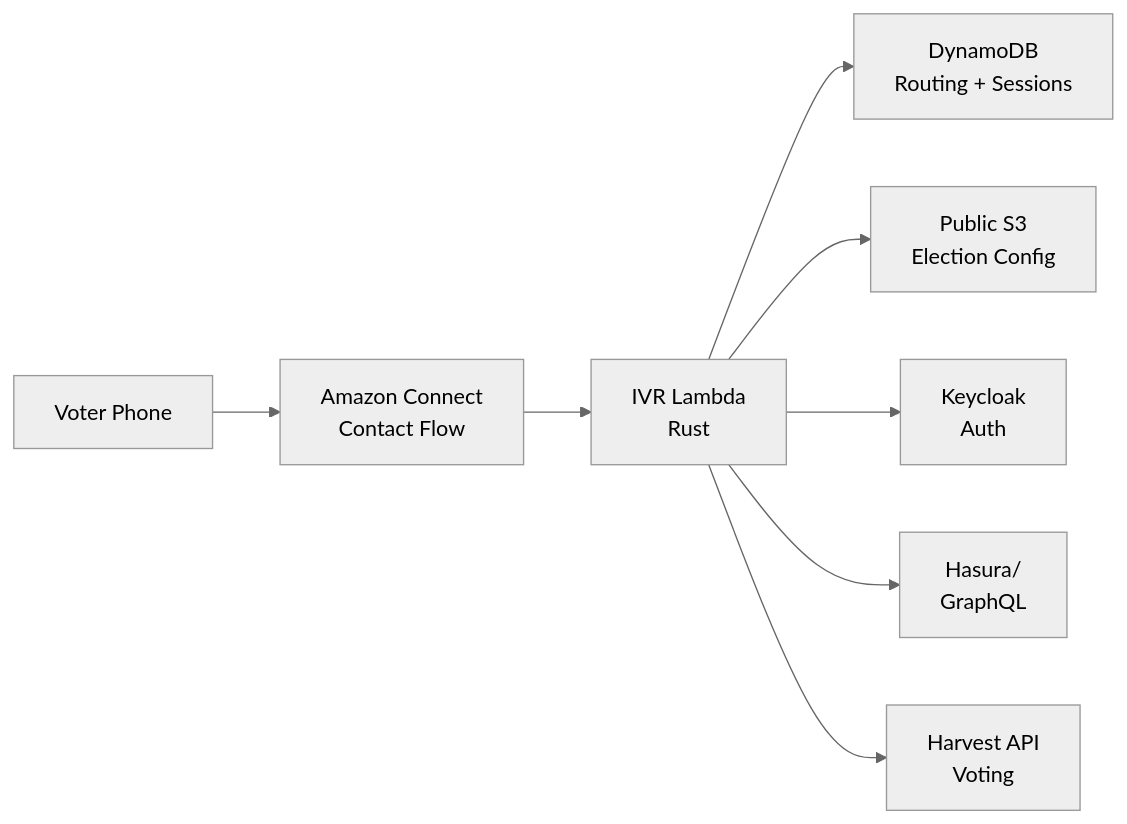
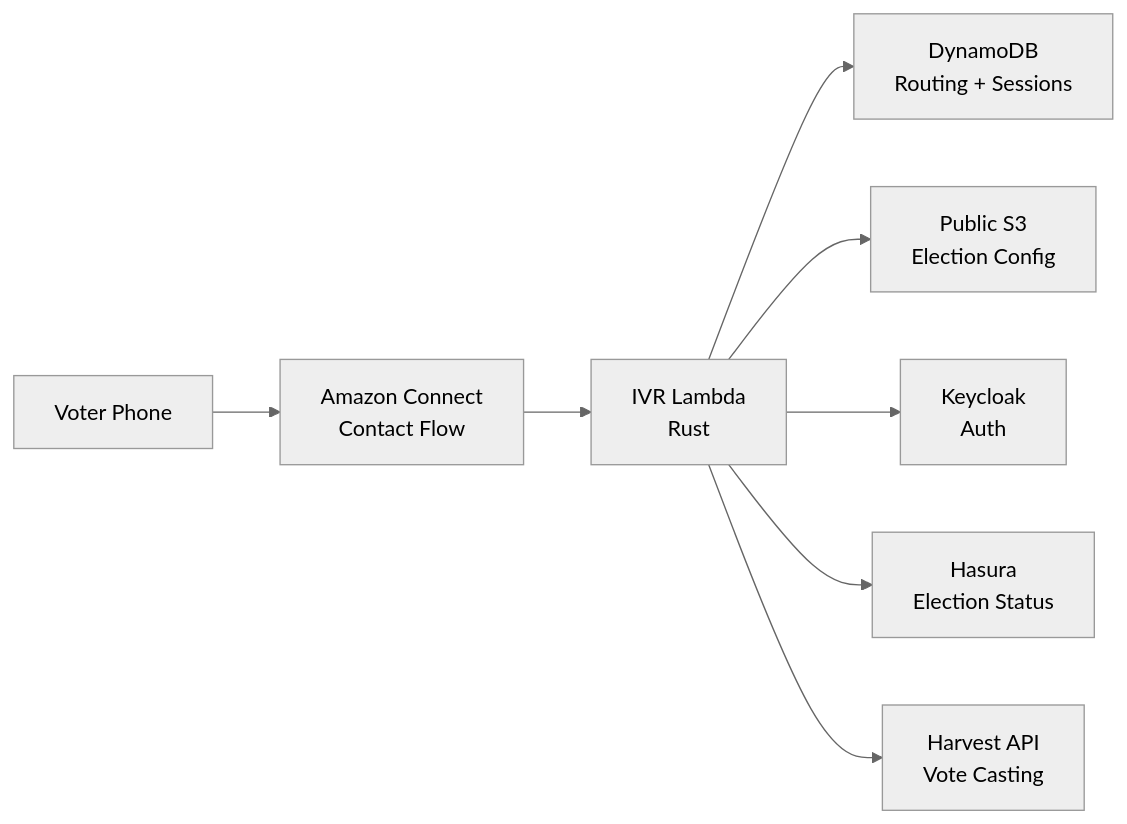
One commit to sequentech/step changed the first of 10 diagrams in docs/docusaurus/docs/07-developers/12-ivr/ivr-system-design.md. Above: the diagram before and after it, drawn with Mermaid (neutral theme). The commit also changed other lines of this file and 1 other file, not shown here.

````diff
--- a/docs/docusaurus/docs/07-developers/12-ivr/ivr-system-design.md
+++ b/docs/docusaurus/docs/07-developers/12-ivr/ivr-system-design.md
@@ -28,10 +29,10 @@
 ```mermaid
 flowchart LR
     A[Voter Phone] --> B[Amazon Connect<br/>Contact Flow]
     B --> C[IVR Lambda<br/>Rust]
     C --> D[DynamoDB<br/>Routing + Sessions]
     C --> E[Public S3<br/>Election Config]
     C --> F[Keycloak<br/>Auth]
-    C --> G[Hasura/<br/>GraphQL]
-    C --> H[Harvest API<br/>Voting]
+    C --> G[Hasura<br/>Election Status]
+    C --> H[Harvest API<br/>Vote Casting]
 ```
````
